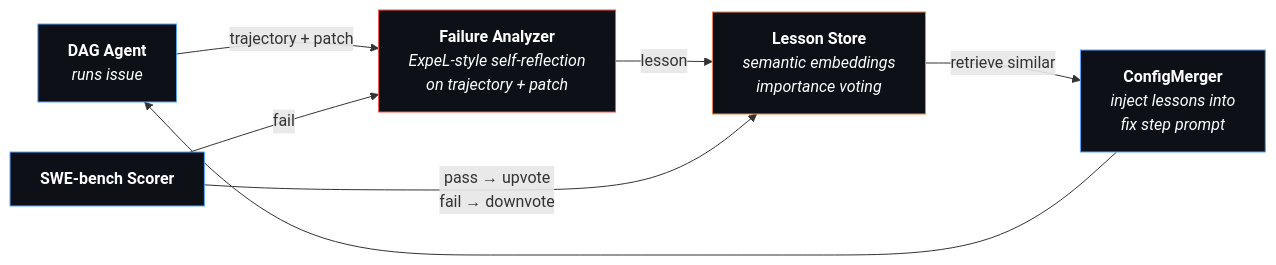
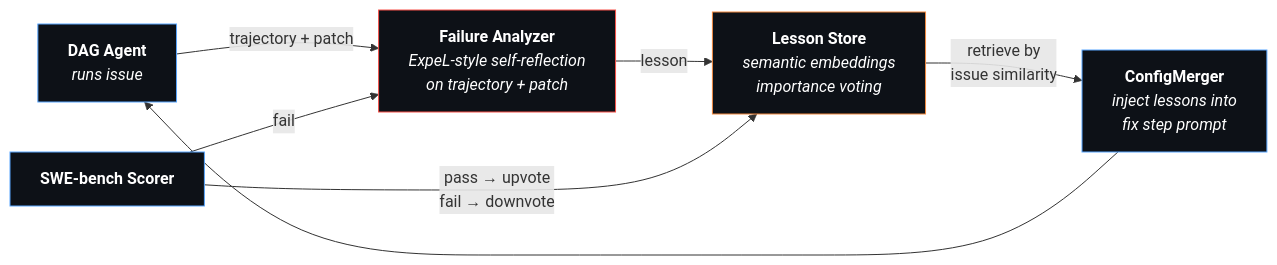
The diagram in README.md (zysilm/midas-agent), drawn with Mermaid before and after one commit. The commit also changed other lines of this file and 1 other file, not shown here.

Commit message:
Add --lesson-threshold to infer CLI and clarify issue-similarity retrieval in README
The infer mode was creating LessonStore without passing the similarity
threshold, so all lessons passed regardless of relevance. Now accepts
--lesson-threshold (default 0.50) and passes it through. README diagram
and description updated to clarify that retrieval is by issue description
similarity, not lesson content.

````diff
--- a/README.md
+++ b/README.md
@@ -32,15 +32,15 @@
 ```mermaid
 flowchart LR
     DA["<b>DAG Agent</b><br/><i>runs issue</i>"] -->|"trajectory + patch"| FA
     FA["<b>Failure Analyzer</b><br/><i>ExpeL-style self-reflection</i><br/><i>on trajectory + patch</i>"] -->|"lesson"| LS
-    LS["<b>Lesson Store</b><br/><i>semantic embeddings</i><br/><i>importance voting</i>"] -->|"retrieve similar"| CM
+    LS["<b>Lesson Store</b><br/><i>semantic embeddings</i><br/><i>importance voting</i>"] -->|"retrieve by<br/>issue similarity"| CM
     CM["<b>ConfigMerger</b><br/><i>inject lessons into</i><br/><i>fix step prompt</i>"] --> DA
     SC["<b>SWE-bench Scorer</b>"] -->|"pass → upvote<br/>fail → downvote"| LS
     SC -->|"fail"| FA
 
     style DA fill:#0d1117,stroke:#58a6ff,color:#fff
     style FA fill:#0d1117,stroke:#f85149,color:#fff
     style LS fill:#0d1117,stroke:#f0883e,color:#fff
     style CM fill:#0d1117,stroke:#58a6ff,color:#fff
     style SC fill:#0d1117,stroke:#58a6ff,color:#fff
 ```
````
